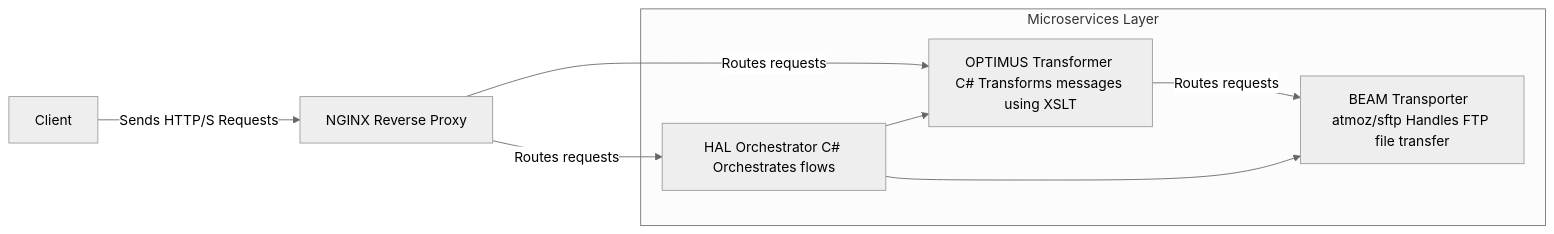
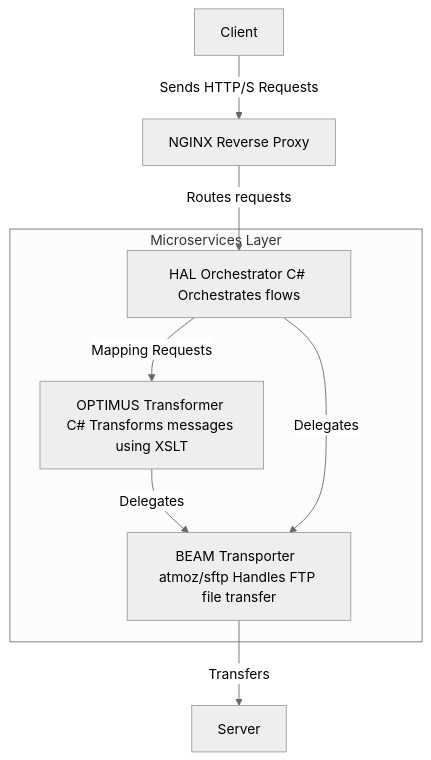
Before and after one commit to fasilhayat/bizlink: the diagram in README.md, drawn with Mermaid (neutral theme).

Commit message:
More details

````diff
--- a/README.md
+++ b/README.md
@@ -73,16 +73,16 @@
 ```mermaid
-graph LR
+graph TD
     Client[Client] -->|Sends HTTP/S Requests| NGINX[NGINX Reverse Proxy]
     NGINX -->|Routes requests| Orchestrator
-    NGINX -->|Routes requests| Transformer
-    Transformer -->|Routes requests| Transporter
-
-    subgraph Microservices Layer
+    Transformer -->|Delegates| Transporter
+    Transporter  -->|Transfers| Server[Server] 
+    
+    subgraph Microservices Layer 
         Orchestrator[HAL Orchestrator C# Orchestrates flows]
         Transformer[OPTIMUS Transformer C# Transforms messages using XSLT]
         Transporter[BEAM Transporter  atmoz/sftp Handles FTP file transfer]
 
-        Orchestrator --> Transformer
-        Orchestrator --> Transporter
+        Orchestrator -->|Mapping Requests| Transformer
+        Orchestrator -->|Delegates| Transporter
     end
 ```
````
